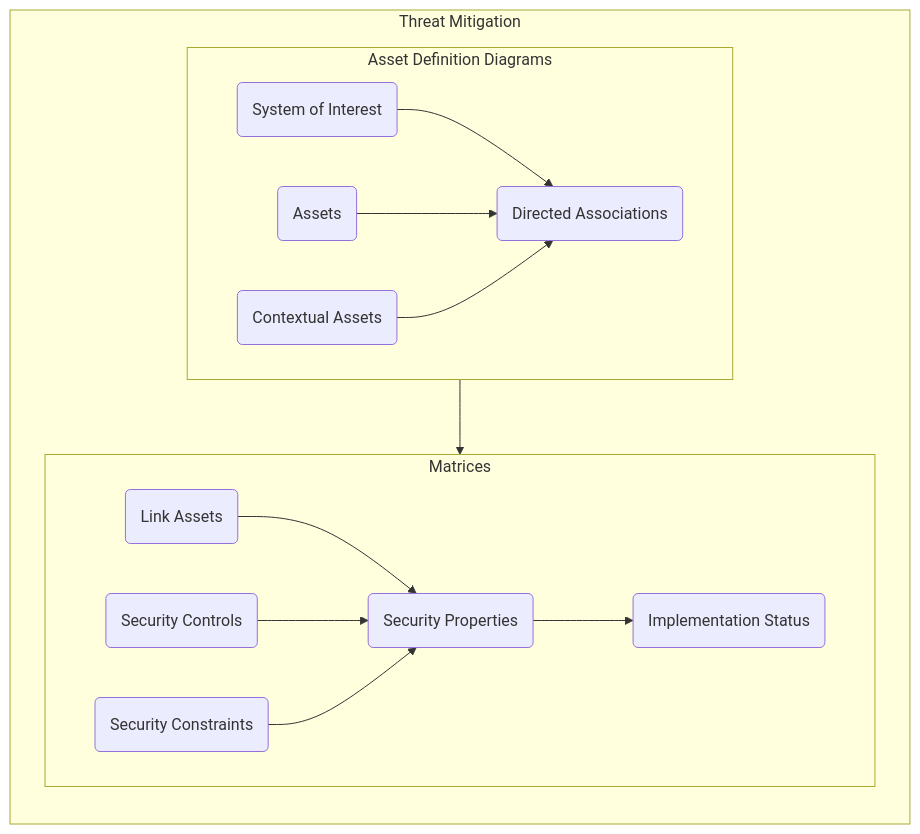
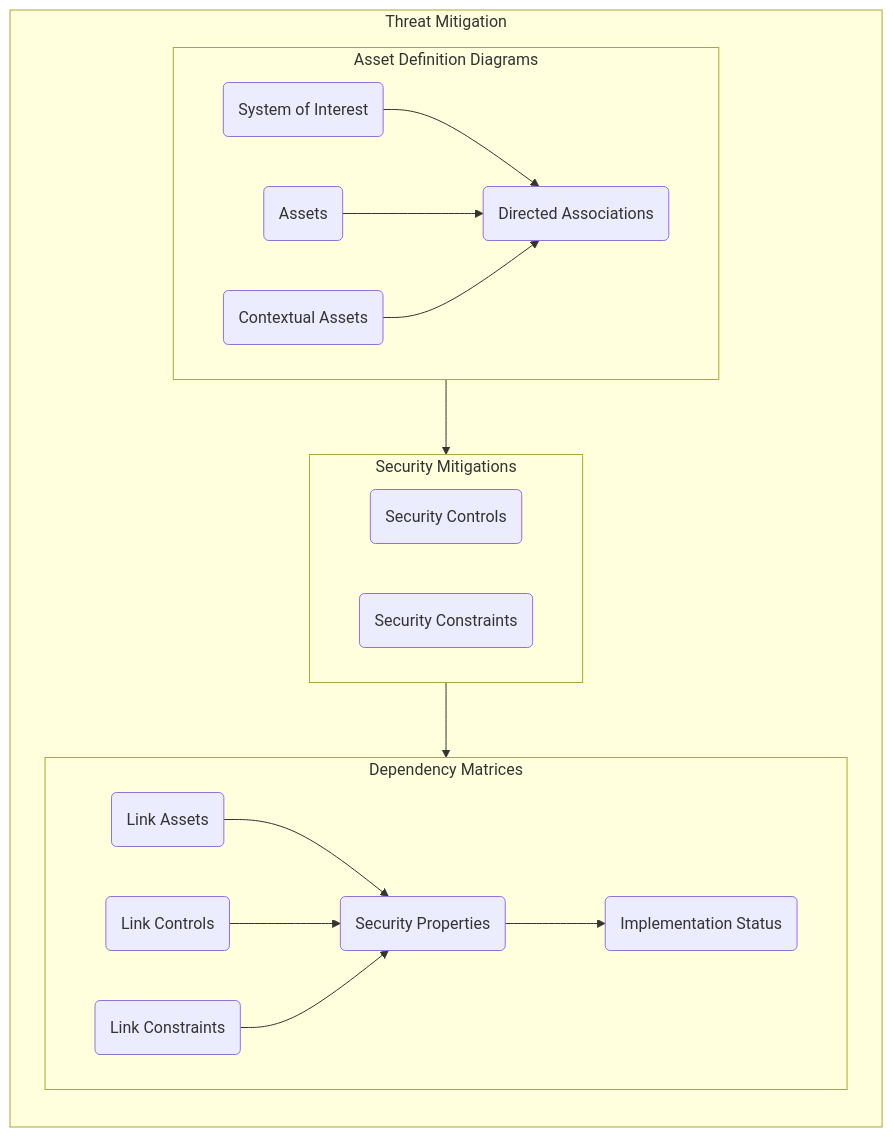
Before and after one commit to stuartfowler/CEMT: the third of 4 diagrams in README.md, drawn with Mermaid. The commit also changed 1 other file, not shown here.

Commit message:
added Security Mitigations step

````diff
--- a/README.md
+++ b/README.md
@@ -171,31 +171,36 @@
 ```mermaid
 flowchart TB
 
   subgraph TMi["Threat Mitigation"]
     direction TB
     subgraph 4["Asset Definition Diagrams"]
       4a("System of Interest") --> 4d("Directed Associations")
       4b("Assets") --> 4d
       4c("Contextual Assets") --> 4d
     end
-    subgraph 5["Matrices"]
+    subgraph 6["Security Mitigations"]
+      6a("Security Controls")
+      6c("Security Constraints")
+    end
+    subgraph 5["Dependency Matrices"]
       5d("Link Assets") --> 5c("Security Properties") --> 5g("Implementation Status")
-      5b("Security Controls") --> 5c
-      5f("Security Constraints") --> 5c
+      5b("Link Controls") --> 5c
+      5f("Link Constraints") --> 5c
     end
-    4 --> 5
+    4 --> 6 --> 5
   end
   
   click 4a "https://github.com/stuartfowler/CEMT/blob/main/Documentation/threat-mitigation.md#asset-definition-diagrams" "Asset Definition Diagrams"
   click 4b "https://github.com/stuartfowler/CEMT/blob/main/Documentation/threat-mitigation.md#asset-definition-diagrams" "Asset Definition Diagrams"
   click 4c "https://github.com/stuartfowler/CEMT/blob/main/Documentation/threat-mitigation.md#asset-definition-diagrams" "Asset Definition Diagrams"
   click 4d "https://github.com/stuartfowler/CEMT/blob/main/Documentation/threat-mitigation.md#asset-definition-diagrams" "Asset Definition Diagrams"
 
-  click 5a "https://github.com/stuartfowler/CEMT/blob/main/Documentation/threat-mitigation.md#matrices" "Matrices"
-  click 5b "https://github.com/stuartfowler/CEMT/blob/main/Documentation/threat-mitigation.md#matrices" "Matrices"
-  click 5c "https://github.com/stuartfowler/CEMT/blob/main/Documentation/threat-mitigation.md#matrices" "Matrices"
-  click 5d "https://github.com/stuartfowler/CEMT/blob/main/Documentation/threat-mitigation.md#matrices" "Matrices"
-  click 5e "https://github.com/stuartfowler/CEMT/blob/main/Documentation/threat-mitigation.md#matrices" "Matrices"
-  click 5f "https://github.com/stuartfowler/CEMT/blob/main/Documentation/threat-mitigation.md#matrices" "Matrices"
-  click 5g "https://github.com/stuartfowler/CEMT/blob/main/Documentation/threat-mitigation.md#matrices" "Matrices"
+  click 5b "https://github.com/stuartfowler/CEMT/blob/main/Documentation/threat-mitigation.md#dependency-matrices" "Matrices"
+  click 5c "https://github.com/stuartfowler/CEMT/blob/main/Documentation/threat-mitigation.md#dependency-matrices" "Matrices"
+  click 5d "https://github.com/stuartfowler/CEMT/blob/main/Documentation/threat-mitigation.md#dependency-matrices" "Matrices"
+  click 5f "https://github.com/stuartfowler/CEMT/blob/main/Documentation/threat-mitigation.md#dependency-matrices" "Matrices"
+  click 5g "https://github.com/stuartfowler/CEMT/blob/main/Documentation/threat-mitigation.md#dependency-matrices" "Matrices"
+
+  click 6a "https://github.com/stuartfowler/CEMT/blob/main/Documentation/threat-mitigation.md#security-mitigations" "Security Mitigations"
+  click 6c "https://github.com/stuartfowler/CEMT/blob/main/Documentation/threat-mitigation.md#security-mitigations" "Security Mitigations"
 ```
````
